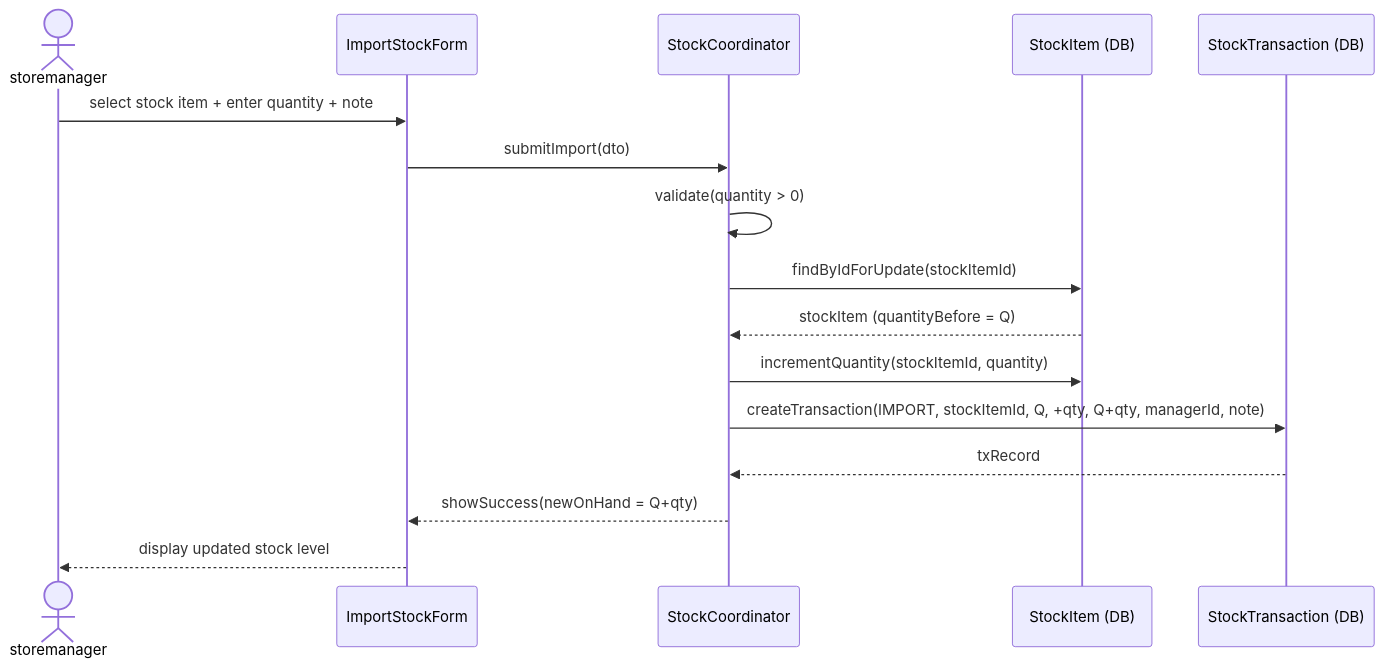
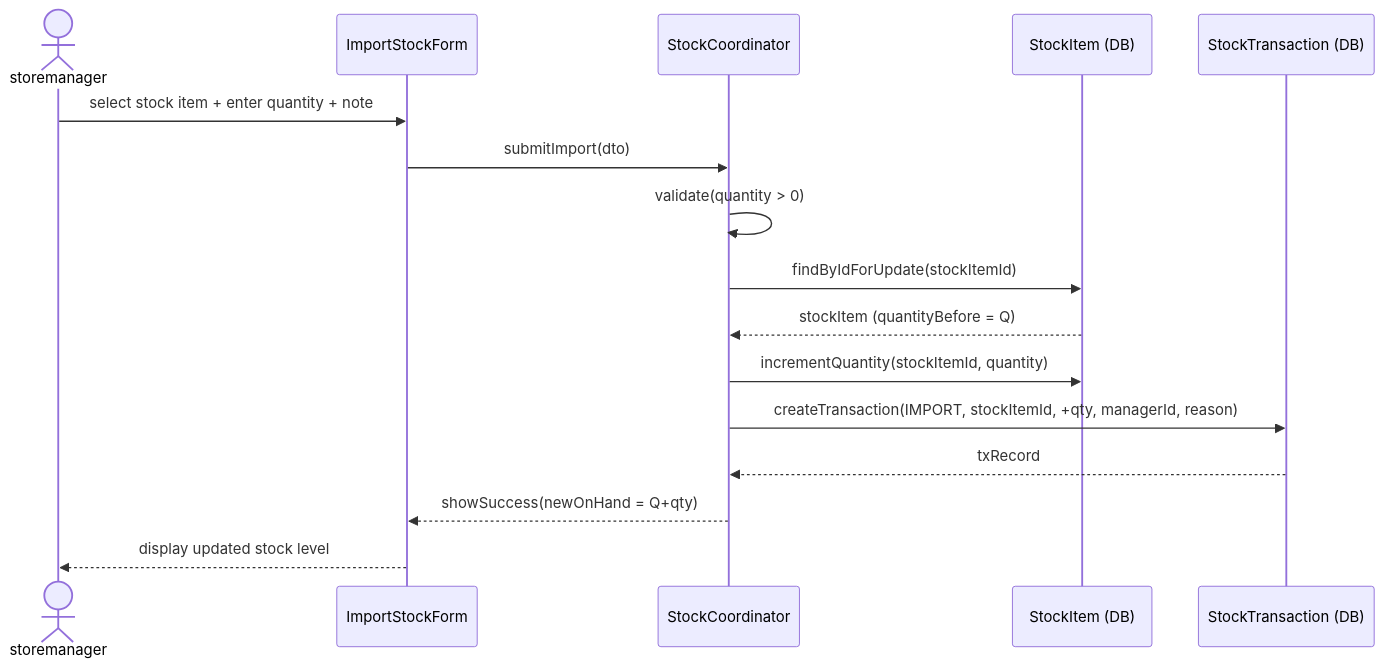
The second of 4 diagrams in rds_sections/09_detailed_3_6_inventory.md (Shaichi/Khoga_coffe_shop), drawn with Mermaid before and after one commit. The commit also changed other lines of this file and 15 other files, not shown here.

````diff
--- a/rds_sections/09_detailed_3_6_inventory.md
+++ b/rds_sections/09_detailed_3_6_inventory.md
@@ -107,19 +104,19 @@
 ```mermaid
 sequenceDiagram
     actor storemanager
     participant ImportForm as ImportStockForm
     participant StockCoord as StockCoordinator
     participant StockItemDB as StockItem (DB)
     participant TxDB as StockTransaction (DB)
 
     storemanager->>ImportForm: select stock item + enter quantity + note
     ImportForm->>StockCoord: submitImport(dto)
     StockCoord->>StockCoord: validate(quantity > 0)
     StockCoord->>StockItemDB: findByIdForUpdate(stockItemId)
     StockItemDB-->>StockCoord: stockItem (quantityBefore = Q)
     StockCoord->>StockItemDB: incrementQuantity(stockItemId, quantity)
-    StockCoord->>TxDB: createTransaction(IMPORT, stockItemId, Q, +qty, Q+qty, managerId, note)
+    StockCoord->>TxDB: createTransaction(IMPORT, stockItemId, +qty, managerId, reason)
     TxDB-->>StockCoord: txRecord
     StockCoord-->>ImportForm: showSuccess(newOnHand = Q+qty)
     ImportForm-->>storemanager: display updated stock level
 ```
````
